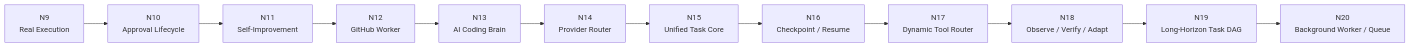
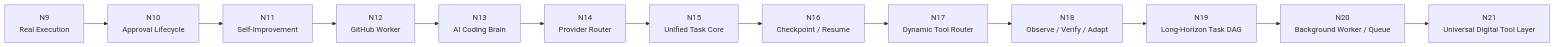
The second of 6 diagrams in README.md (Pappu246/autonomous-ai-scout), drawn with Mermaid before and after one commit. The commit also changed other lines of this file and 3 other files, not shown here.

First line of the commit message:
feat(N21): universal digital tool layer

````diff
--- a/README.md
+++ b/README.md
@@ -116,17 +117,18 @@
 ```mermaid
 flowchart LR
     N9["N9<br/>Real Execution"]
     N10["N10<br/>Approval Lifecycle"]
     N11["N11<br/>Self-Improvement"]
     N12["N12<br/>GitHub Worker"]
     N13["N13<br/>AI Coding Brain"]
     N14["N14<br/>Provider Router"]
     N15["N15<br/>Unified Task Core"]
     N16["N16<br/>Checkpoint / Resume"]
     N17["N17<br/>Dynamic Tool Router"]
     N18["N18<br/>Observe / Verify / Adapt"]
     N19["N19<br/>Long-Horizon Task DAG"]
     N20["N20<br/>Background Worker / Queue"]
+    N21["N21<br/>Universal Digital Tool Layer"]
 
-    N9 --> N10 --> N11 --> N12 --> N13 --> N14 --> N15 --> N16 --> N17 --> N18 --> N19 --> N20
+    N9 --> N10 --> N11 --> N12 --> N13 --> N14 --> N15 --> N16 --> N17 --> N18 --> N19 --> N20 --> N21
 ```
````
